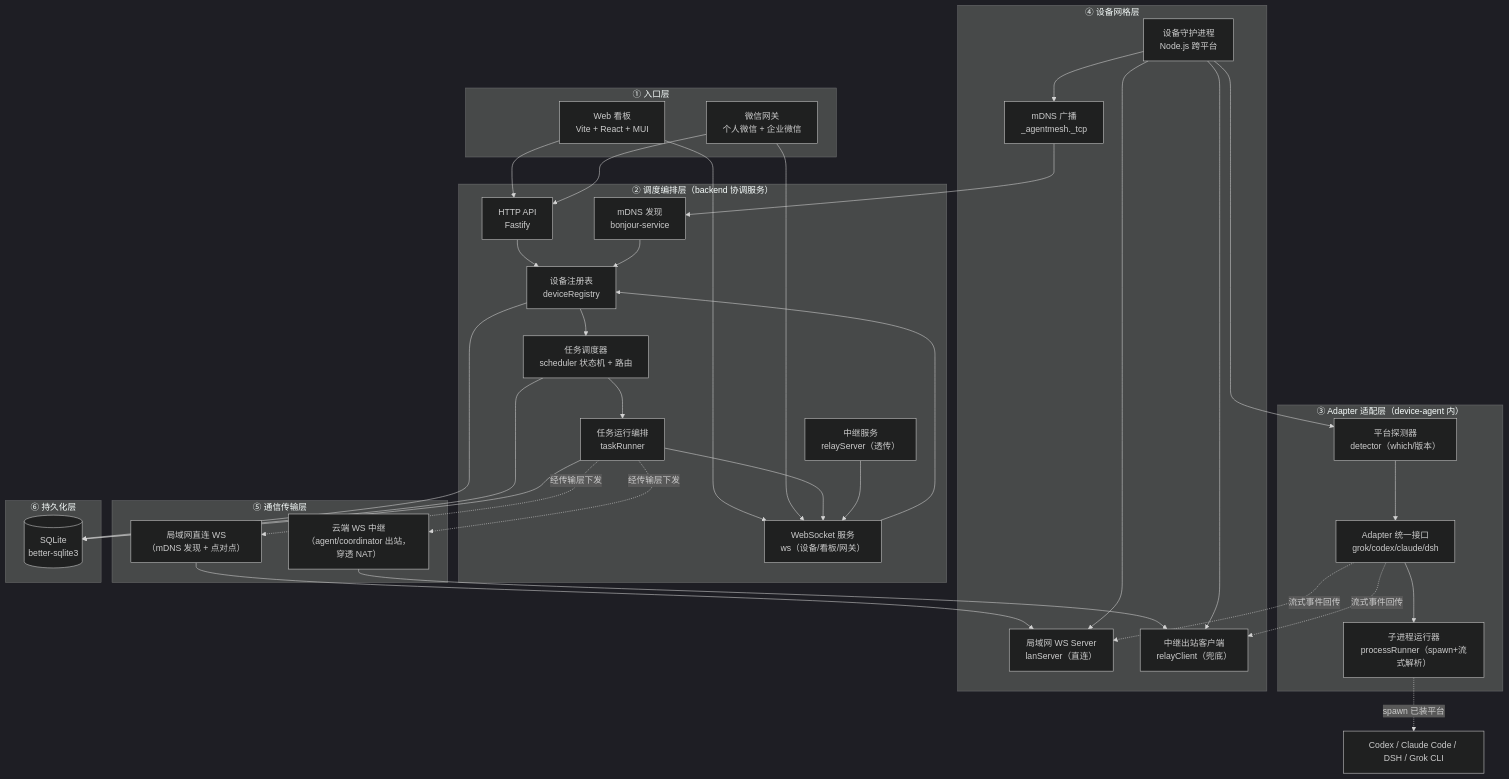
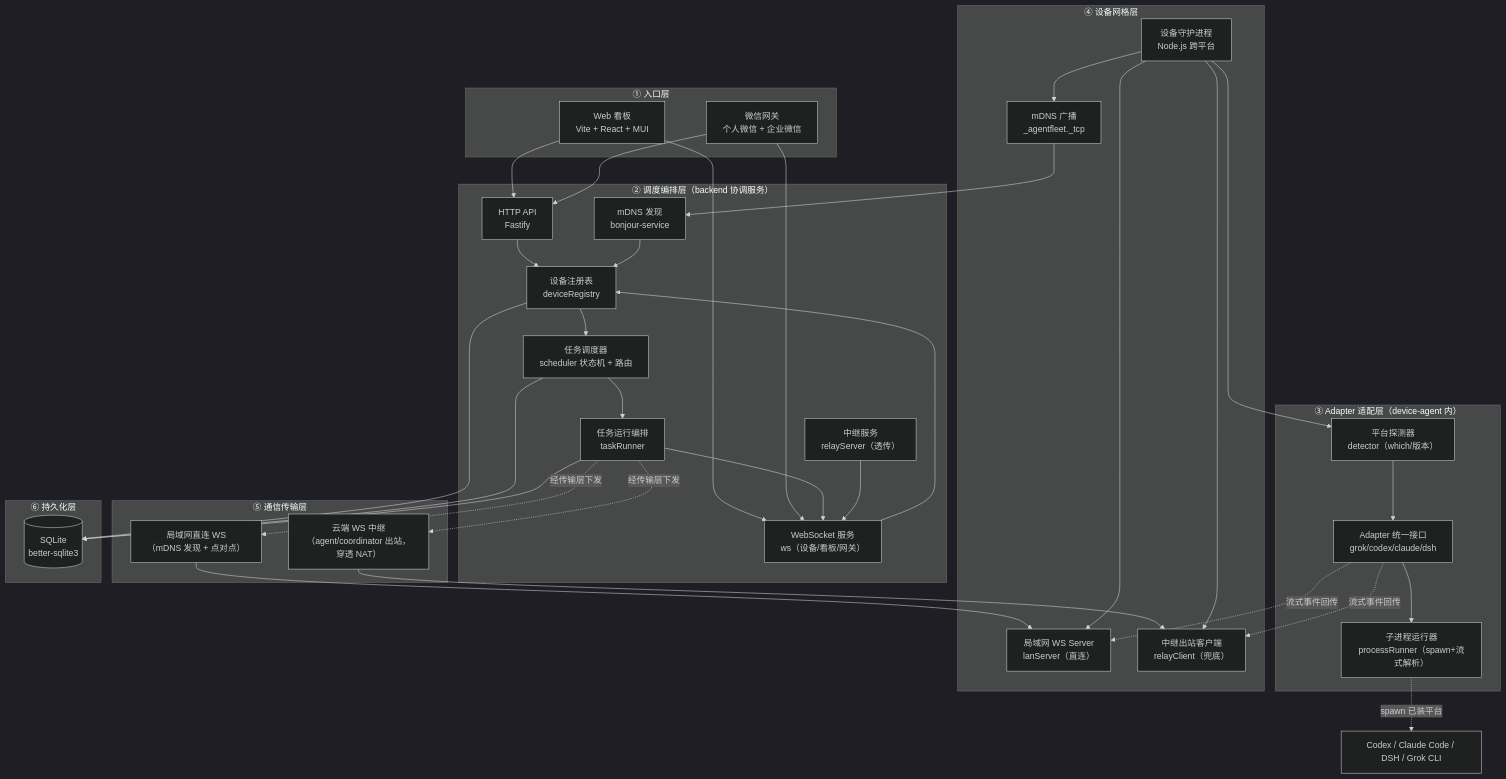
The first of 9 diagrams in docs/02-架构设计.md (narkco-kang/agent-fleet), drawn with Mermaid (dark theme) before and after one commit. The commit also changed other lines of this file and 186 other files, not shown here.

````diff
--- a/docs/02-架构设计.md
+++ b/docs/02-架构设计.md
@@ -12,70 +12,70 @@
 ```mermaid
 flowchart TB
     subgraph Entry["① 入口层"]
         WEB["Web 看板<br/>Vite + React + MUI"]
         WX["微信网关<br/>个人微信 + 企业微信"]
     end
 
     subgraph Orche["② 调度编排层（backend 协调服务）"]
         HTTP["HTTP API<br/>Fastify"]
         WSSRV["WebSocket 服务<br/>ws（设备/看板/网关）"]
         REG["设备注册表<br/>deviceRegistry"]
         SCH["任务调度器<br/>scheduler 状态机 + 路由"]
         RUNNER["任务运行编排<br/>taskRunner"]
         MDNS["mDNS 发现<br/>bonjour-service"]
         RELAYSRV["中继服务<br/>relayServer（透传）"]
     end
 
     subgraph Adapt["③ Adapter 适配层（device-agent 内）"]
         DET["平台探测器<br/>detector（which/版本）"]
         AD["Adapter 统一接口<br/>grok/codex/claude/dsh"]
         SPR["子进程运行器<br/>processRunner（spawn+流式解析）"]
     end
 
     subgraph Grid["④ 设备网格层"]
         DA["设备守护进程<br/>Node.js 跨平台"]
         LS["局域网 WS Server<br/>lanServer（直连）"]
         RCL["中继出站客户端<br/>relayClient（兜底）"]
-        BCAST["mDNS 广播<br/>_agentmesh._tcp"]
+        BCAST["mDNS 广播<br/>_agentfleet._tcp"]
     end
 
     subgraph Trans["⑤ 通信传输层"]
         LAN["局域网直连 WS<br/>（mDNS 发现 + 点对点）"]
         RELAY["云端 WS 中继<br/>（agent/coordinator 出站，穿透 NAT）"]
     end
 
     subgraph Store["⑥ 持久化层"]
         SQLITE[("SQLite<br/>better-sqlite3")]
     end
 
     WEB --> HTTP
     WEB --> WSSRV
     WX --> HTTP
     WX --> WSSRV
     HTTP --> REG
     WSSRV --> REG
     REG --> SCH
     SCH --> RUNNER
     RUNNER --> WSSRV
     MDNS --> REG
     RELAYSRV --> WSSRV
 
     RUNNER -.经传输层下发.-> LAN
     RUNNER -.经传输层下发.-> RELAY
     LAN --> LS
     RELAY --> RCL
     DA --> LS
     DA --> RCL
     DA --> BCAST
     BCAST --> MDNS
     DA --> DET
     DET --> AD
     AD --> SPR
     SPR -.spawn 已装平台.-> CLI["Codex / Claude Code / DSH / Grok CLI"]
     AD -.流式事件回传.-> LS
     AD -.流式事件回传.-> RCL
 
     REG --> SQLITE
     SCH --> SQLITE
     RUNNER --> SQLITE
 ```
````
